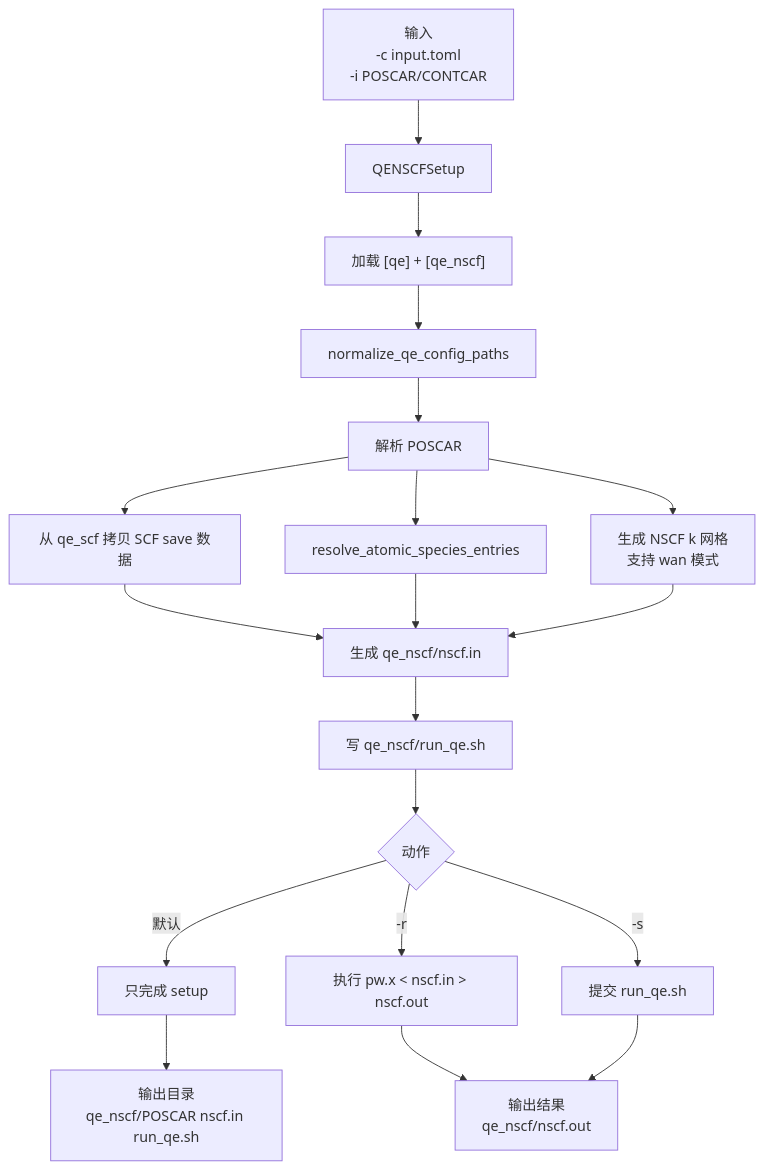
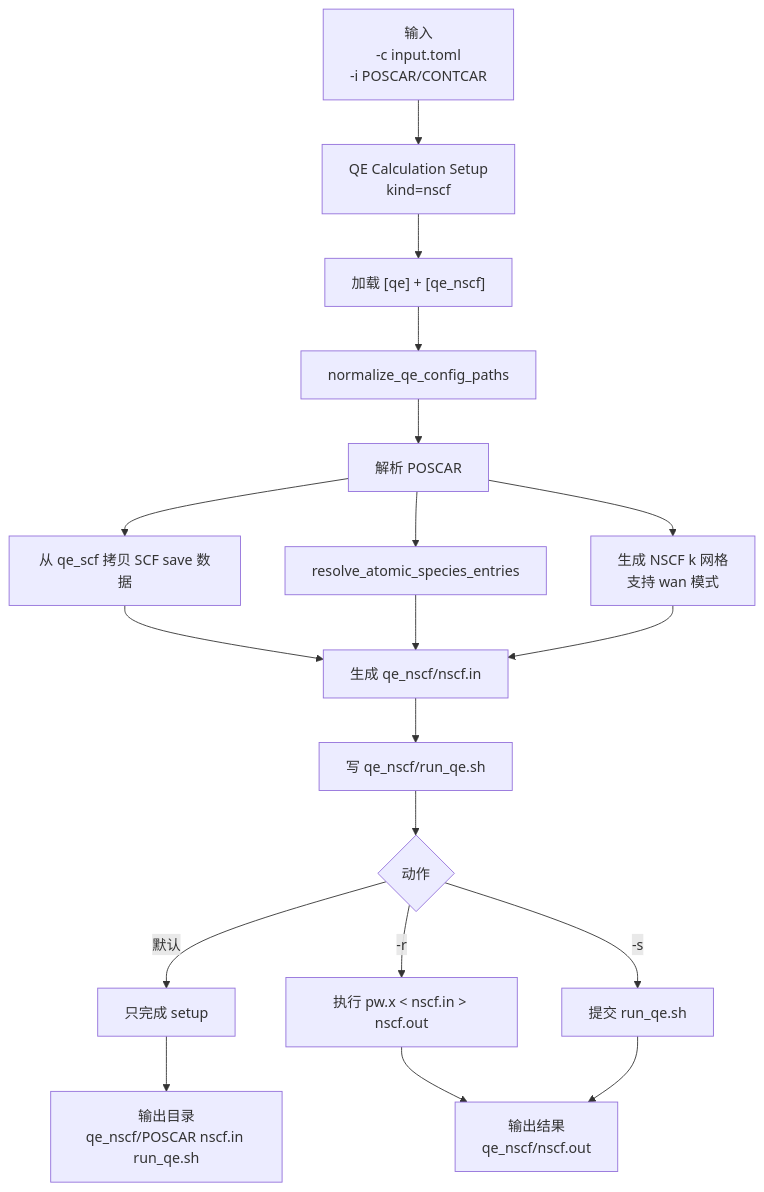
The diagram in qeflow/nscf/nscf-cli-flow.mmd (JLU-ICCMS-MaYuan/dftflow), drawn with Mermaid before and after one commit. The commit also changed 32 other files, not shown here.

```diff
--- a/qeflow/nscf/nscf-cli-flow.mmd
+++ b/qeflow/nscf/nscf-cli-flow.mmd
@@ -1,19 +1,19 @@
 flowchart TD
-    A["输入<br/>-c input.toml<br/>-i POSCAR/CONTCAR"] --> B["QENSCFSetup"]
+    A["输入<br/>-c input.toml<br/>-i POSCAR/CONTCAR"] --> B["QE Calculation Setup<br/>kind=nscf"]
     B --> C["加载 [qe] + [qe_nscf]"]
     C --> D["normalize_qe_config_paths"]
     D --> E["解析 POSCAR"]
     E --> F["从 qe_scf 拷贝 SCF save 数据"]
     E --> G["resolve_atomic_species_entries"]
     E --> H["生成 NSCF k 网格<br/>支持 wan 模式"]
     F --> I["生成 qe_nscf/nscf.in"]
     G --> I
     H --> I
     I --> J["写 qe_nscf/run_qe.sh"]
     J --> K{"动作"}
     K -->|默认| L["只完成 setup"]
     K -->| -r | M["执行 pw.x < nscf.in > nscf.out"]
     K -->| -s | N["提交 run_qe.sh"]
     L --> O["输出目录<br/>qe_nscf/POSCAR nscf.in run_qe.sh"]
     M --> P["输出结果<br/>qe_nscf/nscf.out"]
     N --> P
```
